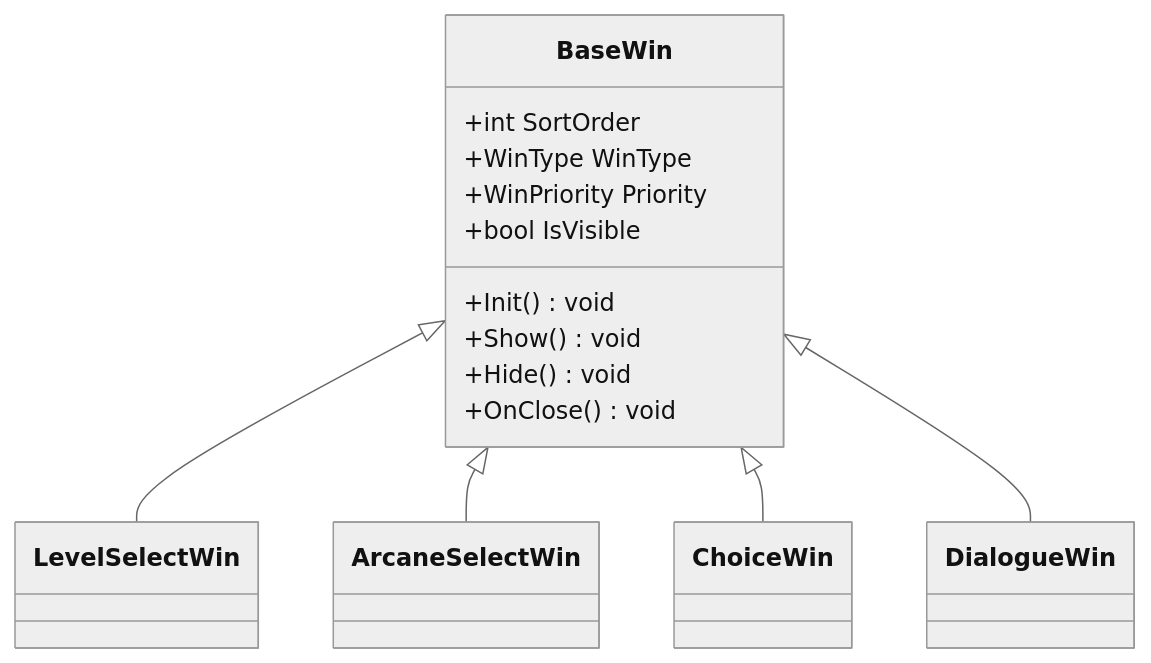
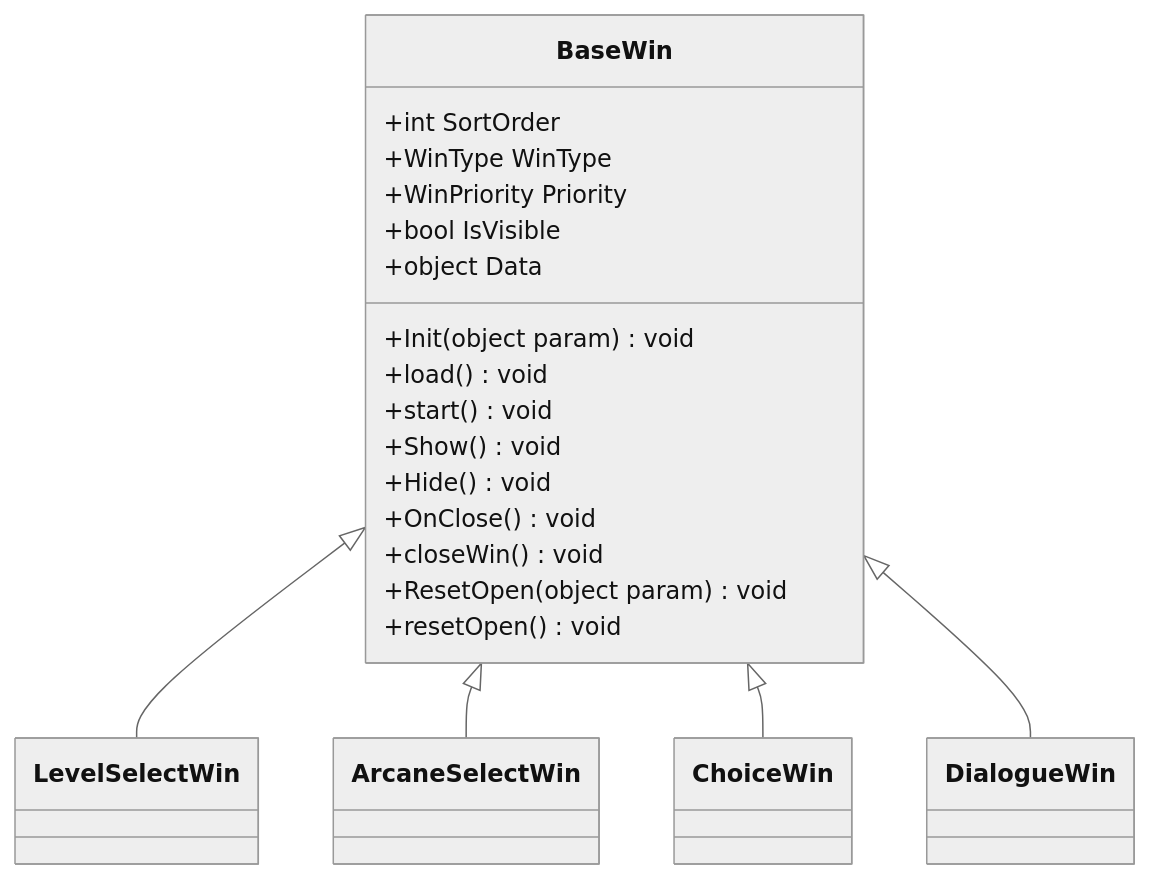
Before and after one commit to Tuusen/p1_client: the third of 9 diagrams in .qoder/repowiki/zh/content/用户界面系统/窗口管理系统.md, drawn with Mermaid (neutral theme). The commit also changed other lines of this file and 21 other files, not shown here.

````diff
--- a/.qoder/repowiki/zh/content/用户界面系统/窗口管理系统.md
+++ b/.qoder/repowiki/zh/content/用户界面系统/窗口管理系统.md
@@ -170,21 +179,27 @@
 ```mermaid
 classDiagram
 class BaseWin {
 +int SortOrder
 +WinType WinType
 +WinPriority Priority
 +bool IsVisible
-+Init() void
++object Data
++Init(object param) void
++load() void
++start() void
 +Show() void
 +Hide() void
 +OnClose() void
++closeWin() void
++ResetOpen(object param) void
++resetOpen() void
 }
 class LevelSelectWin
 class ArcaneSelectWin
 class ChoiceWin
 class DialogueWin
 BaseWin <|-- LevelSelectWin
 BaseWin <|-- ArcaneSelectWin
 BaseWin <|-- ChoiceWin
 BaseWin <|-- DialogueWin
 ```
````
